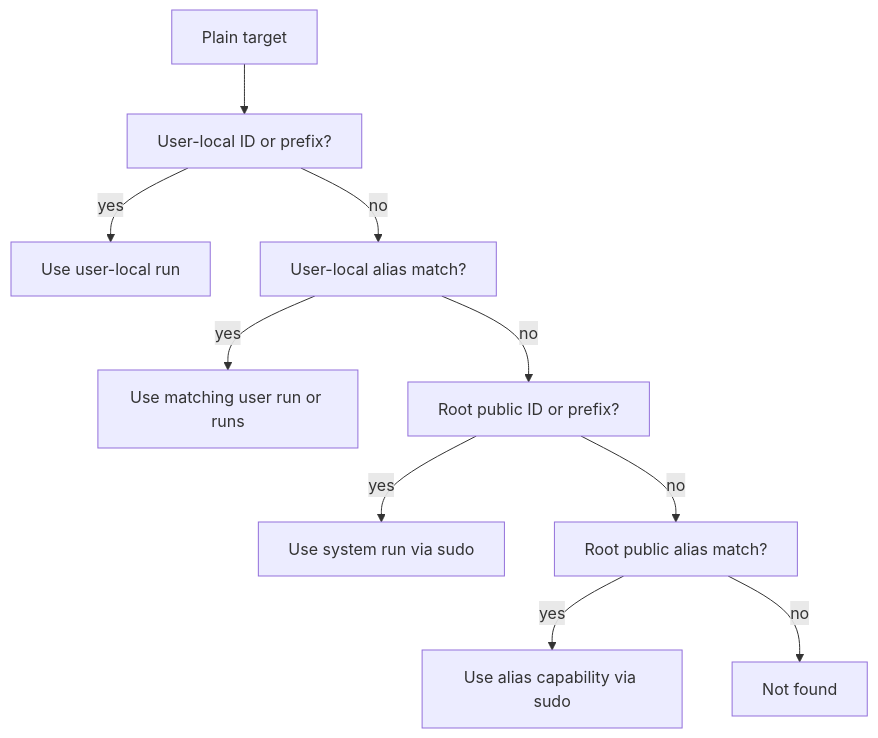
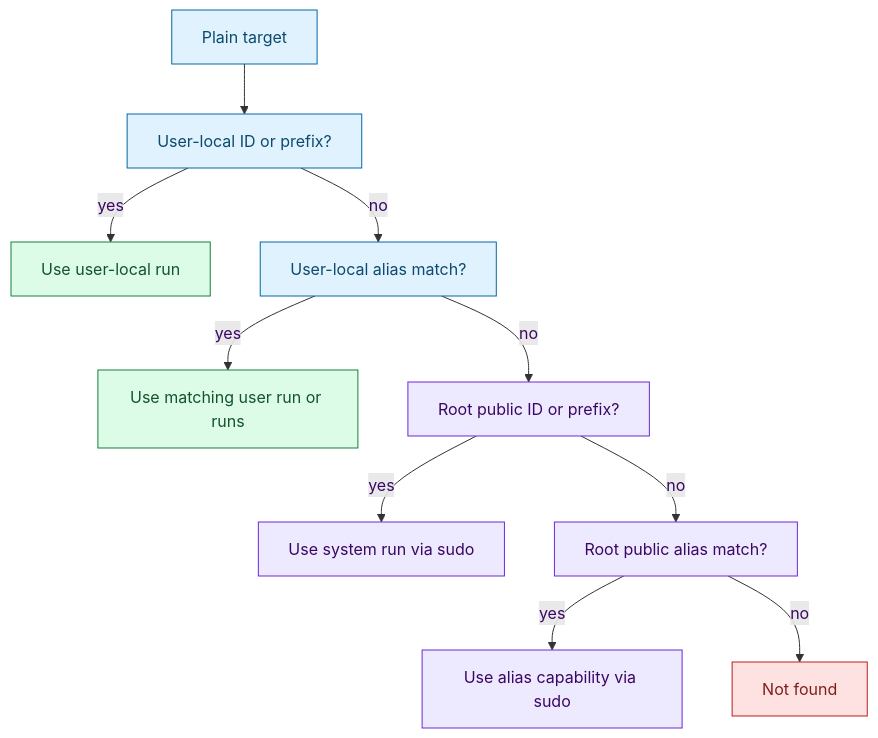
Before and after one commit to RchGrav/onhold: the first of 2 diagrams in docs/target-resolution.md, drawn with Mermaid. The commit also changed other lines of this file and 13 other files, not shown here.

````diff
--- a/docs/target-resolution.md
+++ b/docs/target-resolution.md
@@ -21,12 +23,21 @@
 ```mermaid
 flowchart TD
     Token["Plain target"] --> UserId["User-local ID or prefix?"]
     UserId -->|yes| UserTarget["Use user-local run"]
     UserId -->|no| UserAlias["User-local alias match?"]
     UserAlias -->|yes| UserAliasTarget["Use matching user run or runs"]
     UserAlias -->|no| PublicId["Root public ID or prefix?"]
     PublicId -->|yes| ElevateId["Use system run via sudo"]
     PublicId -->|no| PublicAlias["Root public alias match?"]
     PublicAlias -->|yes| ElevateAlias["Use alias capability via sudo"]
     PublicAlias -->|no| NotFound["Not found"]
+
+    classDef user fill:#e0f2fe,stroke:#0369a1,color:#0c4a6e
+    classDef root fill:#ede9fe,stroke:#6d28d9,color:#3b0764
+    classDef safe fill:#dcfce7,stroke:#15803d,color:#14532d
+    classDef miss fill:#fee2e2,stroke:#b91c1c,color:#7f1d1d
+    class Token,UserId,UserAlias user
+    class PublicId,PublicAlias,ElevateId,ElevateAlias root
+    class UserTarget,UserAliasTarget safe
+    class NotFound miss
 ```
````
